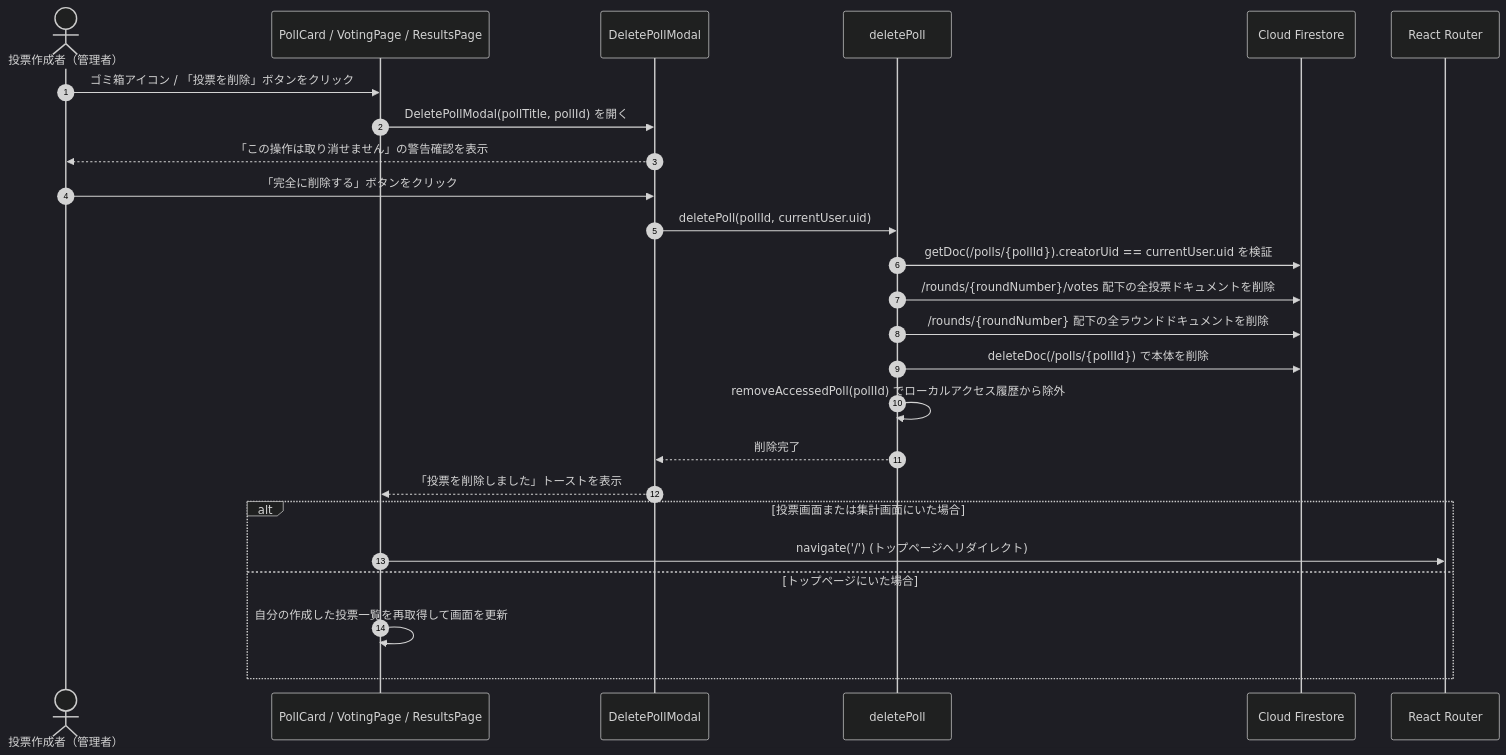
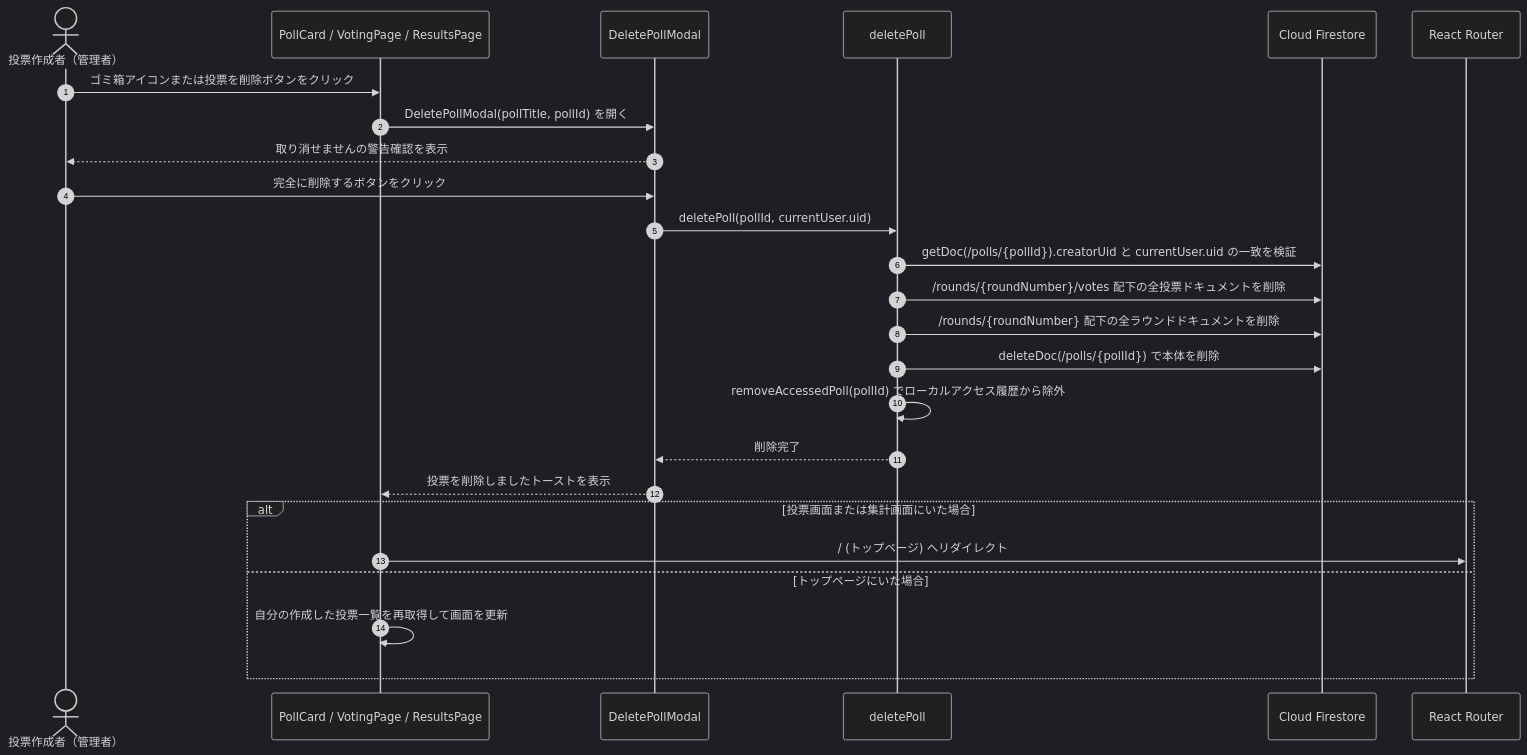
The sixth of 7 diagrams in docs/SEQUENCE_DIAGRAMS.ja.md (c1t0d0s0/votica), drawn with Mermaid (dark theme) before and after one commit. The commit also changed other lines of this file and 1 other file, not shown here.

Commit message:
fixed SEQUENCE_DIAGRAMS

````diff
--- a/docs/SEQUENCE_DIAGRAMS.ja.md
+++ b/docs/SEQUENCE_DIAGRAMS.ja.md
@@ -201,30 +198,30 @@
 ```mermaid
 sequenceDiagram
     autonumber
     actor Admin as 投票作成者（管理者）
     participant UI as PollCard / VotingPage / ResultsPage
     participant Modal as DeletePollModal
     participant Service as deletePoll
     participant DB as Cloud Firestore
     participant Router as React Router
 
-    Admin->>UI: ゴミ箱アイコン / 「投票を削除」ボタンをクリック
+    Admin->>UI: ゴミ箱アイコンまたは投票を削除ボタンをクリック
     UI->>Modal: DeletePollModal(pollTitle, pollId) を開く
-    Modal-->>Admin: 「この操作は取り消せません」の警告確認を表示
-    Admin->>Modal: 「完全に削除する」ボタンをクリック
+    Modal-->>Admin: 取り消せませんの警告確認を表示
+    Admin->>Modal: 完全に削除するボタンをクリック
 
     Modal->>Service: deletePoll(pollId, currentUser.uid)
-    Service->>DB: getDoc(/polls/{pollId}).creatorUid == currentUser.uid を検証
+    Service->>DB: getDoc(/polls/{pollId}).creatorUid と currentUser.uid の一致を検証
     Service->>DB: /rounds/{roundNumber}/votes 配下の全投票ドキュメントを削除
     Service->>DB: /rounds/{roundNumber} 配下の全ラウンドドキュメントを削除
     Service->>DB: deleteDoc(/polls/{pollId}) で本体を削除
     Service->>Service: removeAccessedPoll(pollId) でローカルアクセス履歴から除外
     Service-->>Modal: 削除完了
 
-    Modal-->>UI: 「投票を削除しました」トーストを表示
+    Modal-->>UI: 投票を削除しましたトーストを表示
     alt 投票画面または集計画面にいた場合
-        UI->>Router: navigate('/') (トップページへリダイレクト)
+        UI->>Router: / (トップページ) へリダイレクト
     else トップページにいた場合
         UI->>UI: 自分の作成した投票一覧を再取得して画面を更新
     end
 ```
````
